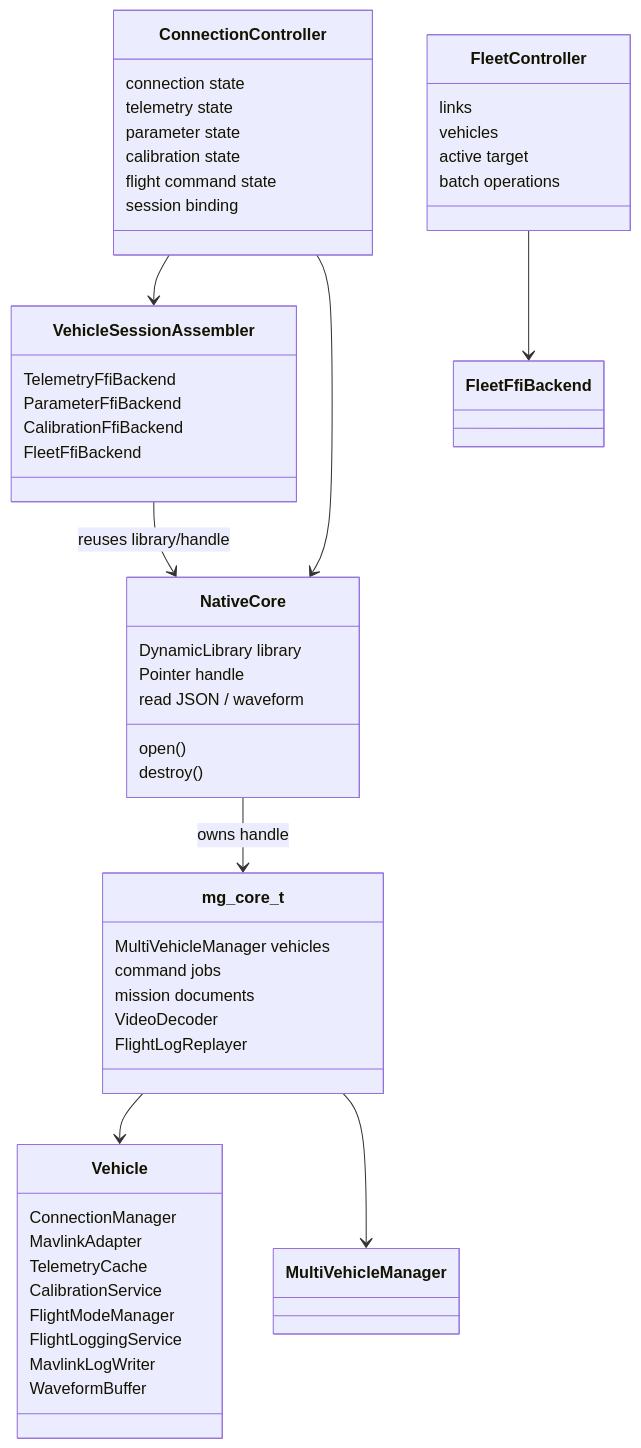
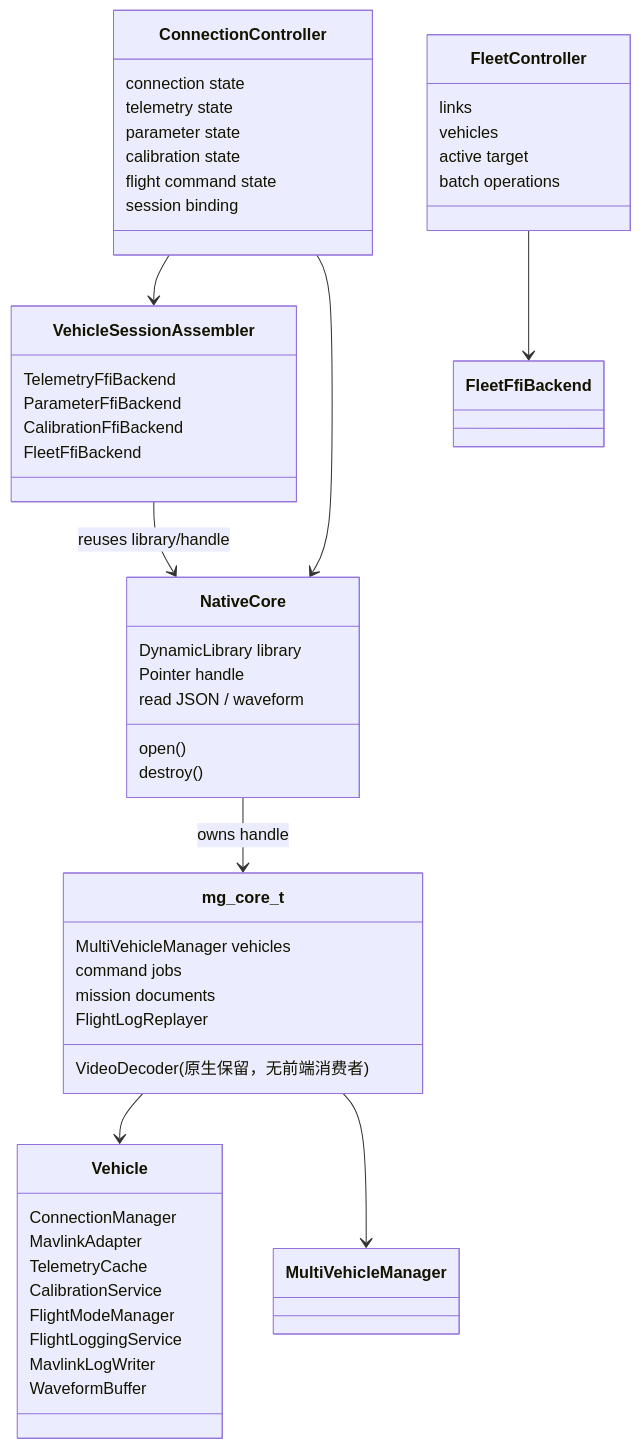
One commit to mofu2003/M-GCS changed the third of 8 diagrams in docs/ARCHITECTURE.md. Above: the diagram before and after it, drawn with Mermaid. The commit also changed other lines of this file and 33 other files, not shown here.

````diff
--- a/docs/ARCHITECTURE.md
+++ b/docs/ARCHITECTURE.md
@@ -72,55 +72,55 @@
 ```mermaid
 classDiagram
     class NativeCore {
       DynamicLibrary library
       Pointer handle
       open()
       destroy()
       read JSON / waveform
     }
     class VehicleSessionAssembler {
       TelemetryFfiBackend
       ParameterFfiBackend
       CalibrationFfiBackend
       FleetFfiBackend
     }
     class ConnectionController {
       connection state
       telemetry state
       parameter state
       calibration state
       flight command state
       session binding
     }
     class FleetController {
       links
       vehicles
       active target
       batch operations
     }
     class mg_core_t {
       MultiVehicleManager vehicles
       command jobs
       mission documents
-      VideoDecoder
+      VideoDecoder (原生保留，无前端消费者)
       FlightLogReplayer
     }
     class Vehicle {
       ConnectionManager
       MavlinkAdapter
       TelemetryCache
       CalibrationService
       FlightModeManager
       FlightLoggingService
       MavlinkLogWriter
       WaveformBuffer
     }
 
     NativeCore --> mg_core_t : owns handle
     VehicleSessionAssembler --> NativeCore : reuses library/handle
     ConnectionController --> VehicleSessionAssembler
     ConnectionController --> NativeCore
     FleetController --> FleetFfiBackend
     mg_core_t --> Vehicle
     mg_core_t --> MultiVehicleManager
 ```
````
